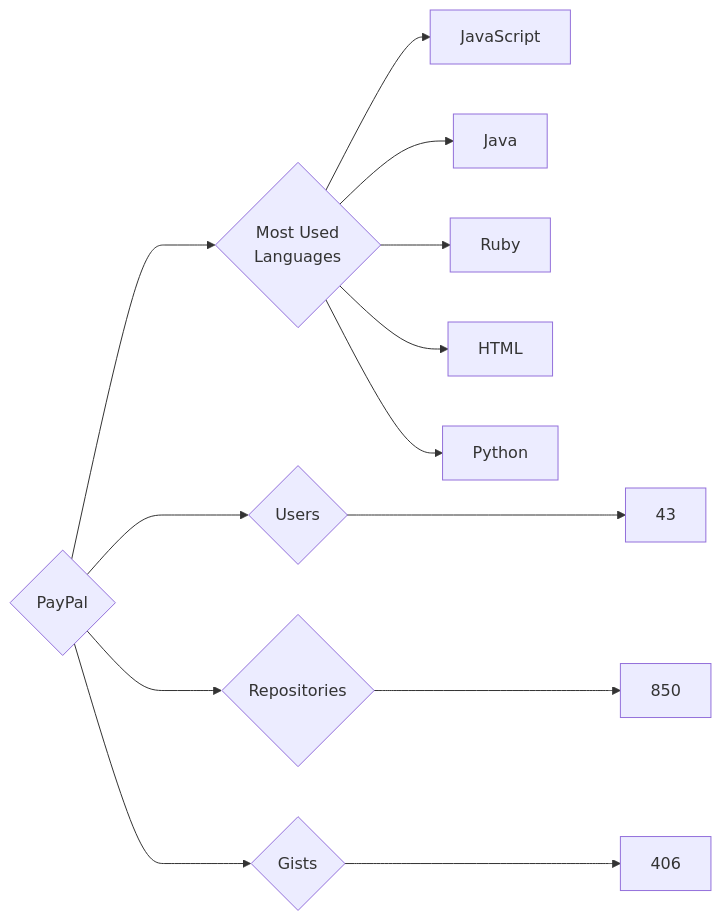
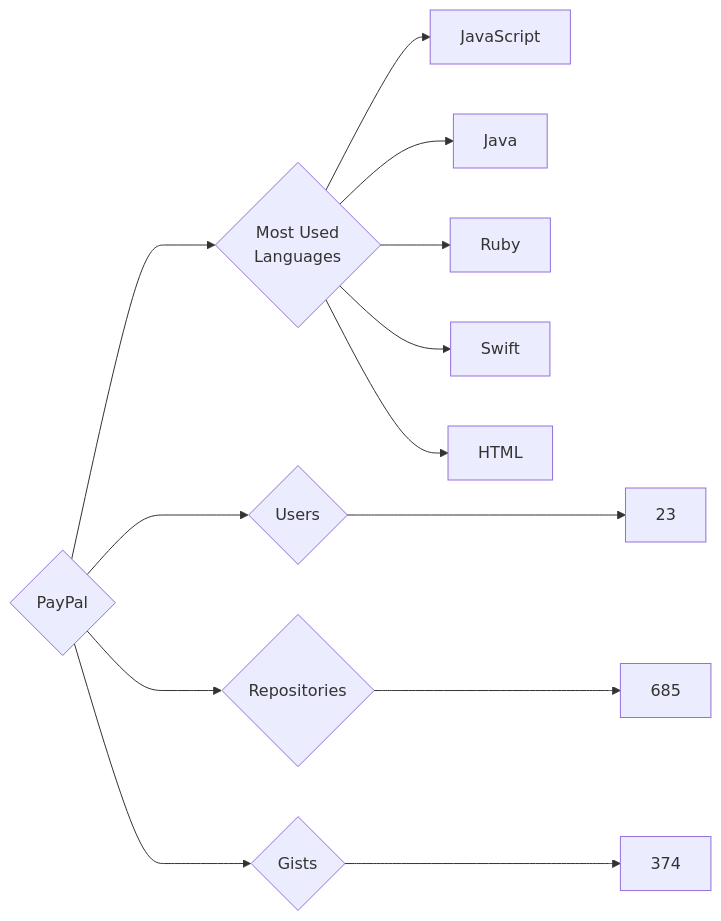
One commit to trickest/insiders changed the diagram in targets/PayPal/README.md. Above: the diagram before and after it, drawn with Mermaid. The commit also changed 953 other files, not shown here.

````diff
--- a/targets/PayPal/README.md
+++ b/targets/PayPal/README.md
@@ -3,13 +3,13 @@
 ```mermaid
 graph LR
 COMPANY_NAME{PayPal}
-COMPANY_NAME ---> U{Users} ---> UN[43]
-COMPANY_NAME ---> R{Repositories} ---> RN[850]
-COMPANY_NAME ---> G{Gists} ---> GN[406]
+COMPANY_NAME ---> U{Users} ---> UN[23]
+COMPANY_NAME ---> R{Repositories} ---> RN[685]
+COMPANY_NAME ---> G{Gists} ---> GN[374]
 COMPANY_NAME ---> ML{Most Used<br>Languages}
 ML --> JavaScript[JavaScript]
 ML --> Java[Java]
 ML --> Ruby[Ruby]
+ML --> Swift[Swift]
 ML --> HTML[HTML]
-ML --> Python[Python]
 ```
````
